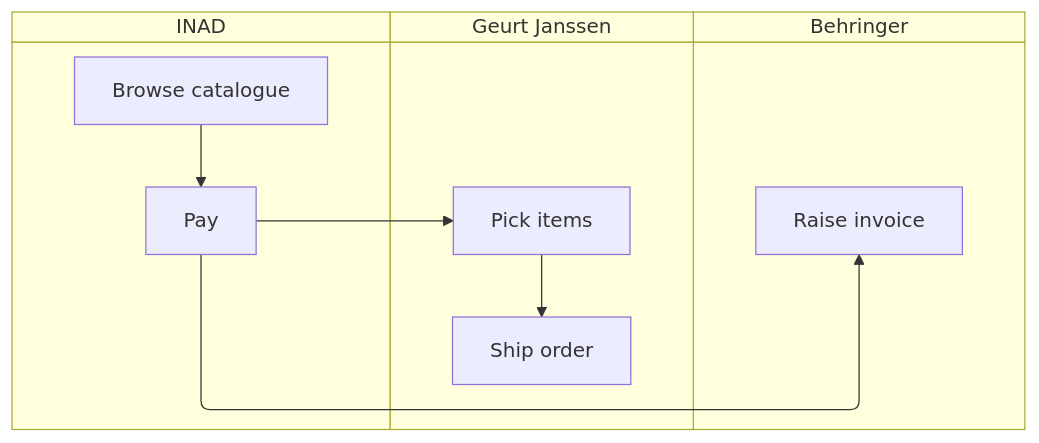
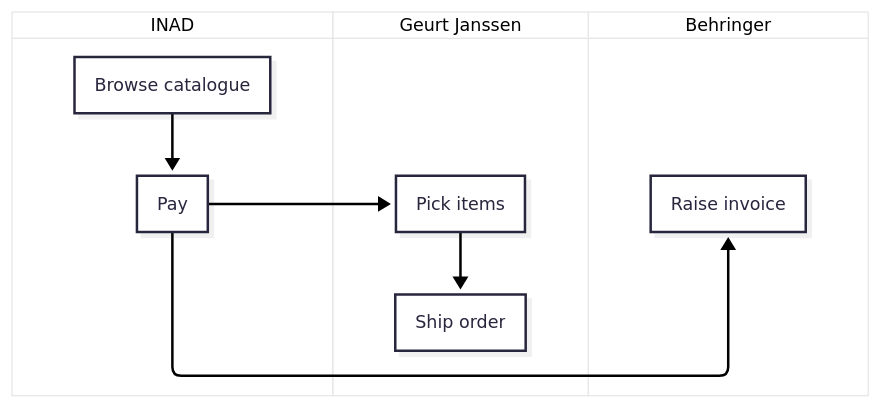
One commit to tmloosbr/inadbehringer changed the diagram in README.md. Above: the diagram before and after it, drawn with Mermaid.

````diff
--- a/README.md
+++ b/README.md
@@ -3,19 +3,25 @@
 ```mermaid
+---
+config:
+  theme: redux-color
+  look: neo
+---
+
 swimlane-beta TB
   subgraph INAD
     Browse[Browse catalogue]
     Pay[Pay]
   end
   subgraph Geurt Janssen
     Pick[Pick items]
     Ship[Ship order]
   end
   subgraph Behringer
     Invoice[Raise invoice]
   end
   Browse --> Pay
   Pay --> Pick
   Pick --> Ship
   Pay --> Invoice
 
 ```
````
